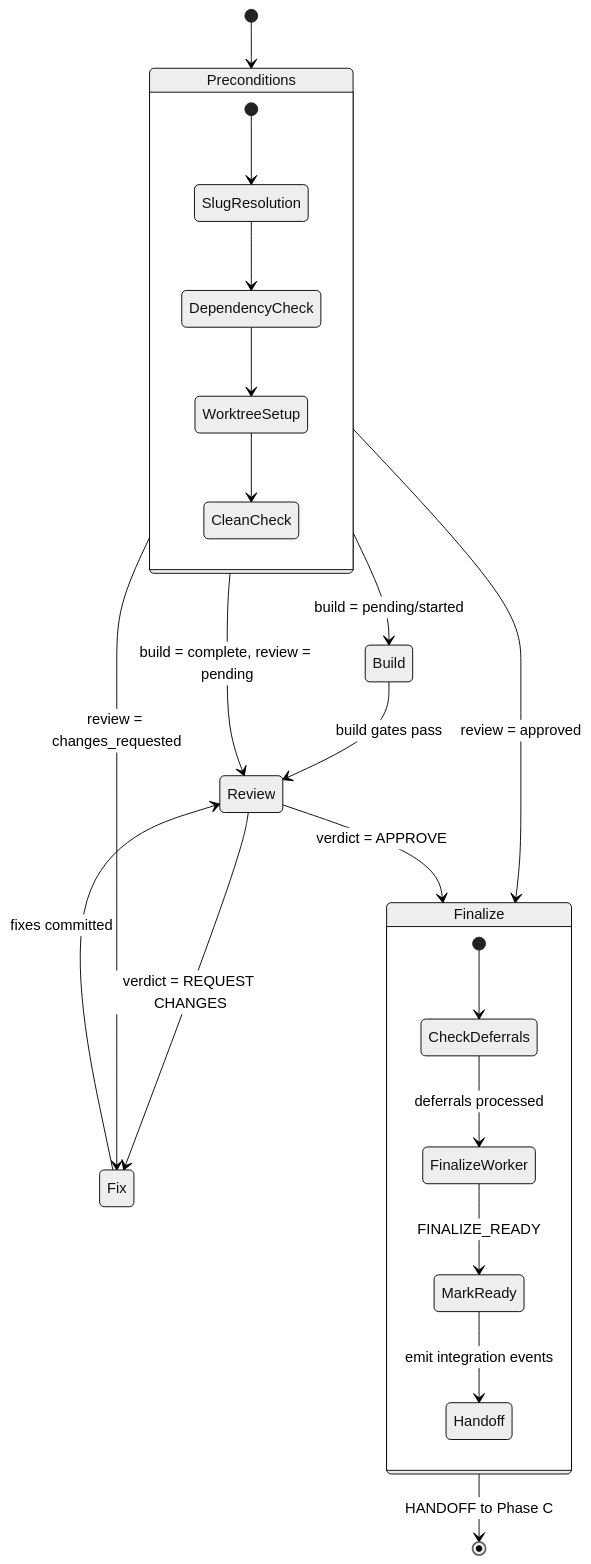
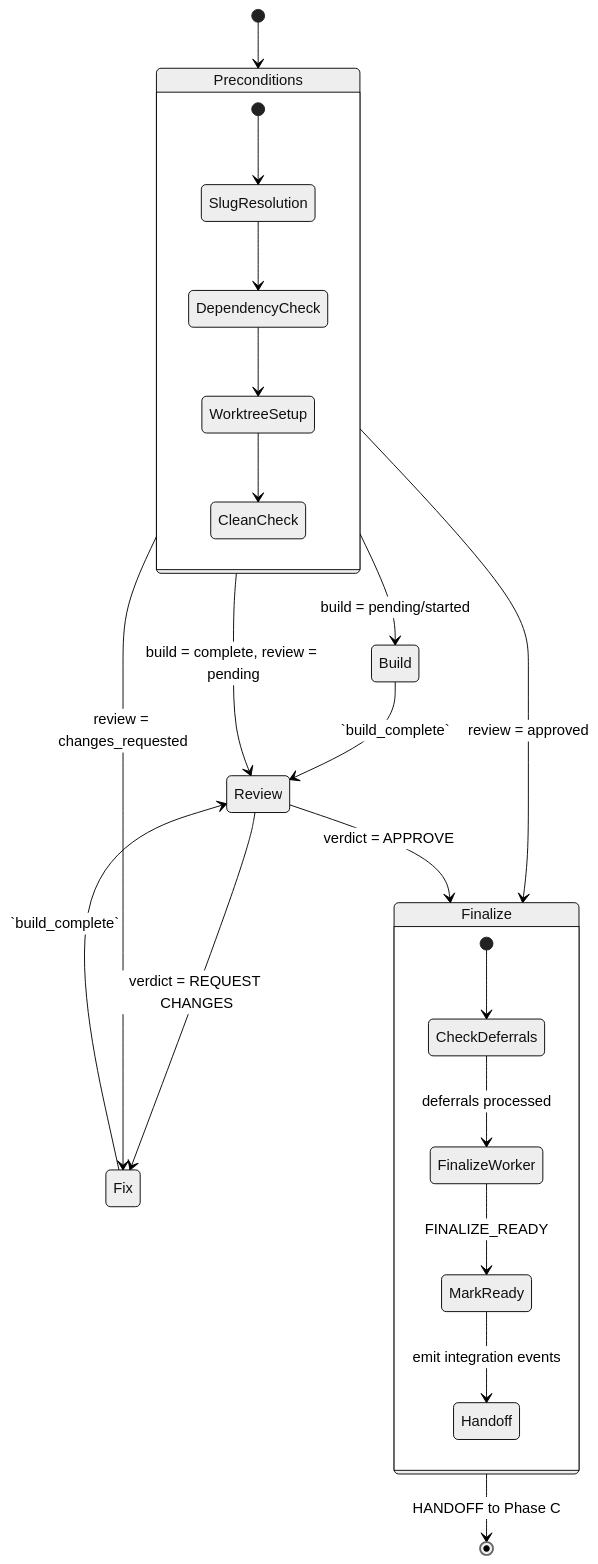
One commit to InstruktAI/TeleClaude changed the first of 5 diagrams in docs/project/design/architecture/work-state-machine.md. Above: the diagram before and after it, drawn with Mermaid (neutral theme). The commit also changed other lines of this file and 23 other files, not shown here.

````diff
--- a/docs/project/design/architecture/work-state-machine.md
+++ b/docs/project/design/architecture/work-state-machine.md
@@ -102,30 +102,30 @@
 ```mermaid
 stateDiagram-v2
     [*] --> Preconditions
 
     state Preconditions {
         [*] --> SlugResolution
         SlugResolution --> DependencyCheck
         DependencyCheck --> WorktreeSetup
         WorktreeSetup --> CleanCheck
     }
 
     Preconditions --> Build: build = pending/started
     Preconditions --> Review: build = complete, review = pending
     Preconditions --> Fix: review = changes_requested
     Preconditions --> Finalize: review = approved
 
-    Build --> Review: build gates pass
+    Build --> Review: `build_complete`
     Review --> Fix: verdict = REQUEST CHANGES
     Review --> Finalize: verdict = APPROVE
-    Fix --> Review: fixes committed
+    Fix --> Review: `build_complete`
 
     state Finalize {
         [*] --> CheckDeferrals
         CheckDeferrals --> FinalizeWorker: deferrals processed
         FinalizeWorker --> MarkReady: FINALIZE_READY
         MarkReady --> Handoff: emit integration events
     }
 
     Finalize --> [*]: HANDOFF to Phase C
 ```
````
